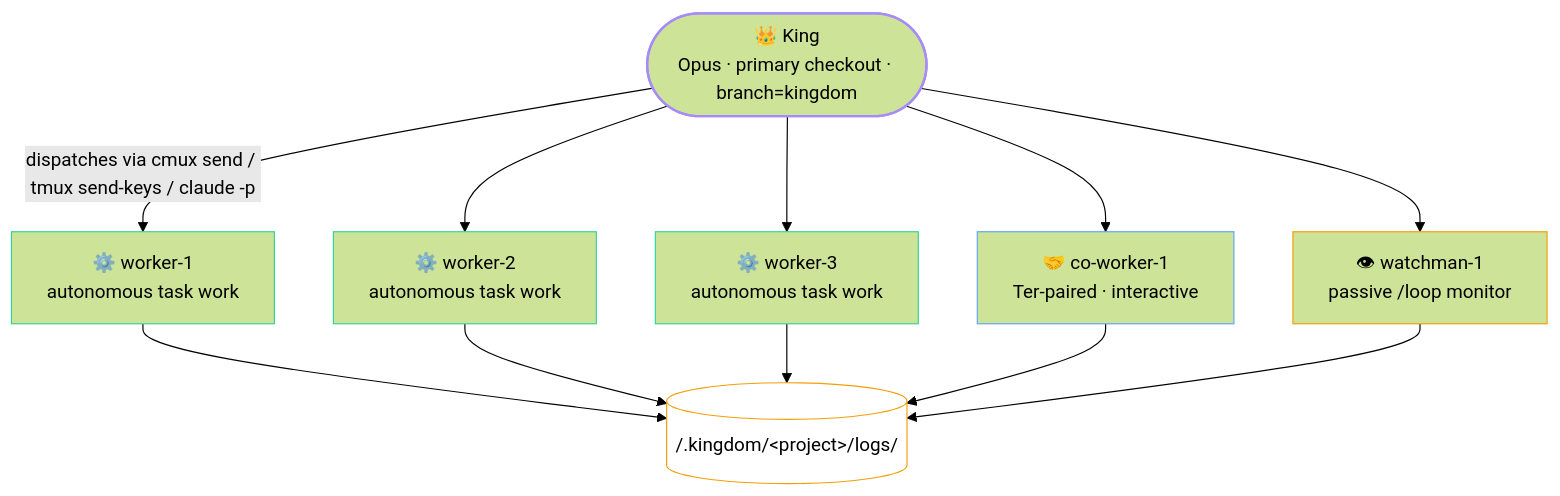
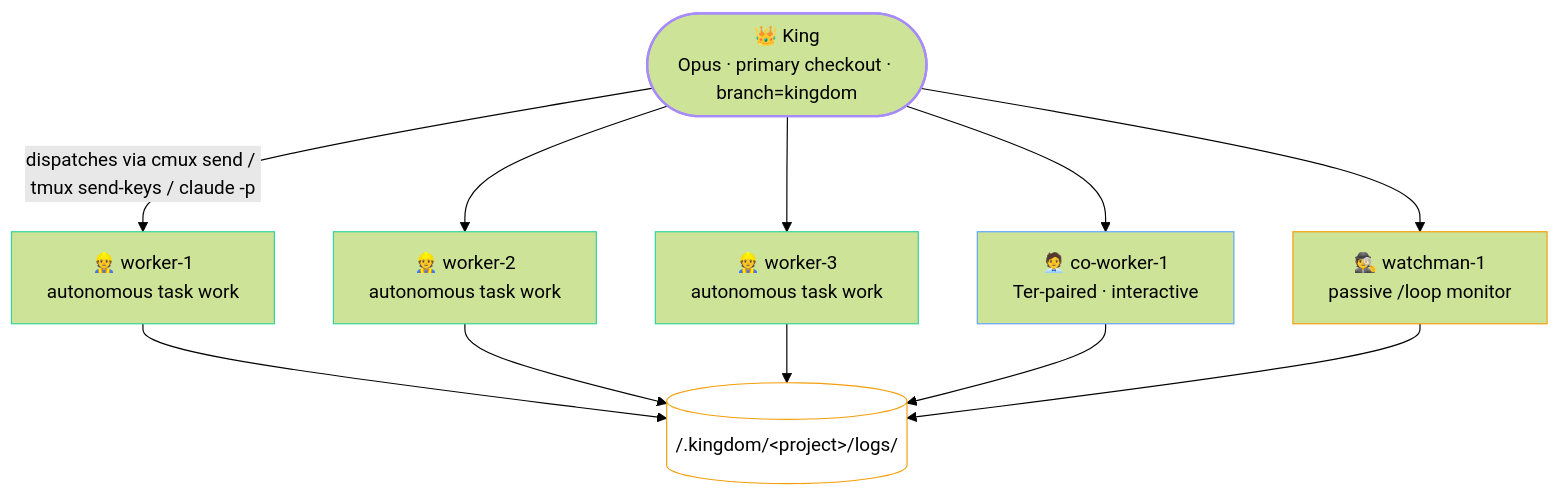
One commit to chatthong/kingdom changed the diagram in .kingdom/.setting/index.md. Above: the diagram before and after it, drawn with Mermaid (forest theme). The commit also changed other lines of this file and 12 other files, not shown here.

````diff
--- a/.kingdom/.setting/index.md
+++ b/.kingdom/.setting/index.md
@@ -206,24 +218,24 @@
 ```mermaid
 graph TB
     K([👑 King\nOpus · primary checkout · branch=kingdom])
 
-    K -->|"dispatches via cmux send / tmux send-keys / claude -p"| W1[⚙️ worker-1\nautonomous task work]
-    K --> W2[⚙️ worker-2\nautonomous task work]
-    K --> W3[⚙️ worker-3\nautonomous task work]
-    K --> CW[🤝 co-worker-1\nTer-paired · interactive]
-    K --> WM[👁 watchman-1\npassive /loop monitor]
+    K -->|"dispatches via cmux send / tmux send-keys / claude -p"| W1[👷 worker-1\nautonomous task work]
+    K --> W2[👷 worker-2\nautonomous task work]
+    K --> W3[👷 worker-3\nautonomous task work]
+    K --> CW[🧑‍💼 co-worker-1\nTer-paired · interactive]
+    K --> WM[🕵️ watchman-1\npassive /loop monitor]
 
     W1 & W2 & W3 & CW & WM --> LOGS[(<WS>/.kingdom/&lt;project&gt;/logs/)]
 
     classDef king stroke:#a78bfa,stroke-width:2px
     classDef worker stroke:#34d399,stroke-width:1px
     classDef coworker stroke:#60a5fa,stroke-width:1px
     classDef watchman stroke:#f59e0b,stroke-width:1px
     classDef store stroke:#f59e0b,stroke-width:1px,fill:none
 
     class K king
     class W1,W2,W3 worker
     class CW coworker
     class WM watchman
     class LOGS store
 ```
````
